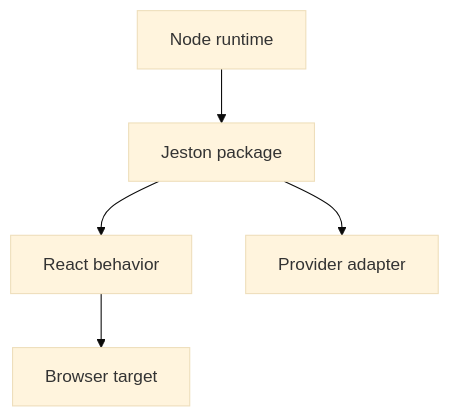
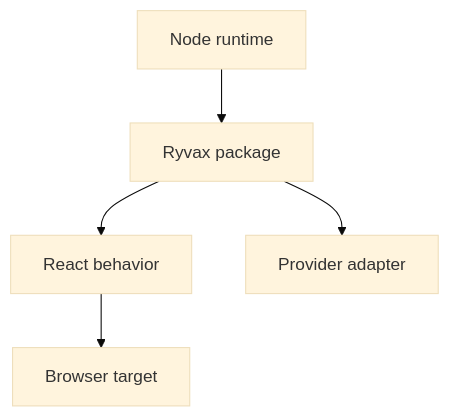
One commit to jeffersoncampos12p-dev/jeston changed the diagram in docs/site/reference/compatibility.mdx. Above: the diagram before and after it, drawn with Mermaid (base theme). The commit also changed other lines of this file and 138 other files, not shown here.

Commit message:
Rebrand framework as Ryvax.js

````diff
--- a/docs/site/reference/compatibility.mdx
+++ b/docs/site/reference/compatibility.mdx
@@ -33,7 +33,7 @@
 ```mermaid placement="top-right"
 flowchart TB
-    runtime[Node runtime] --> framework[Jeston package]
+    runtime[Node runtime] --> framework[Ryvax package]
     framework --> react[React behavior]
     react --> browser[Browser target]
     framework --> adapter[Provider adapter]
 ```
````
